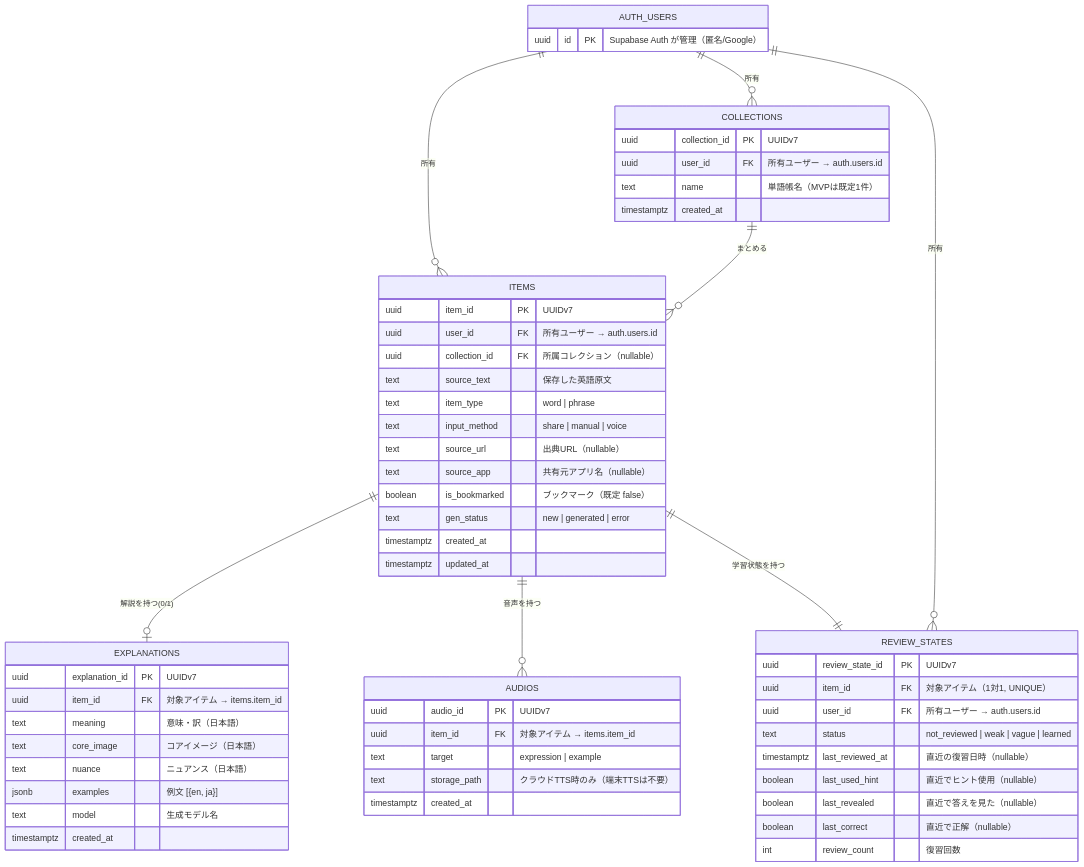
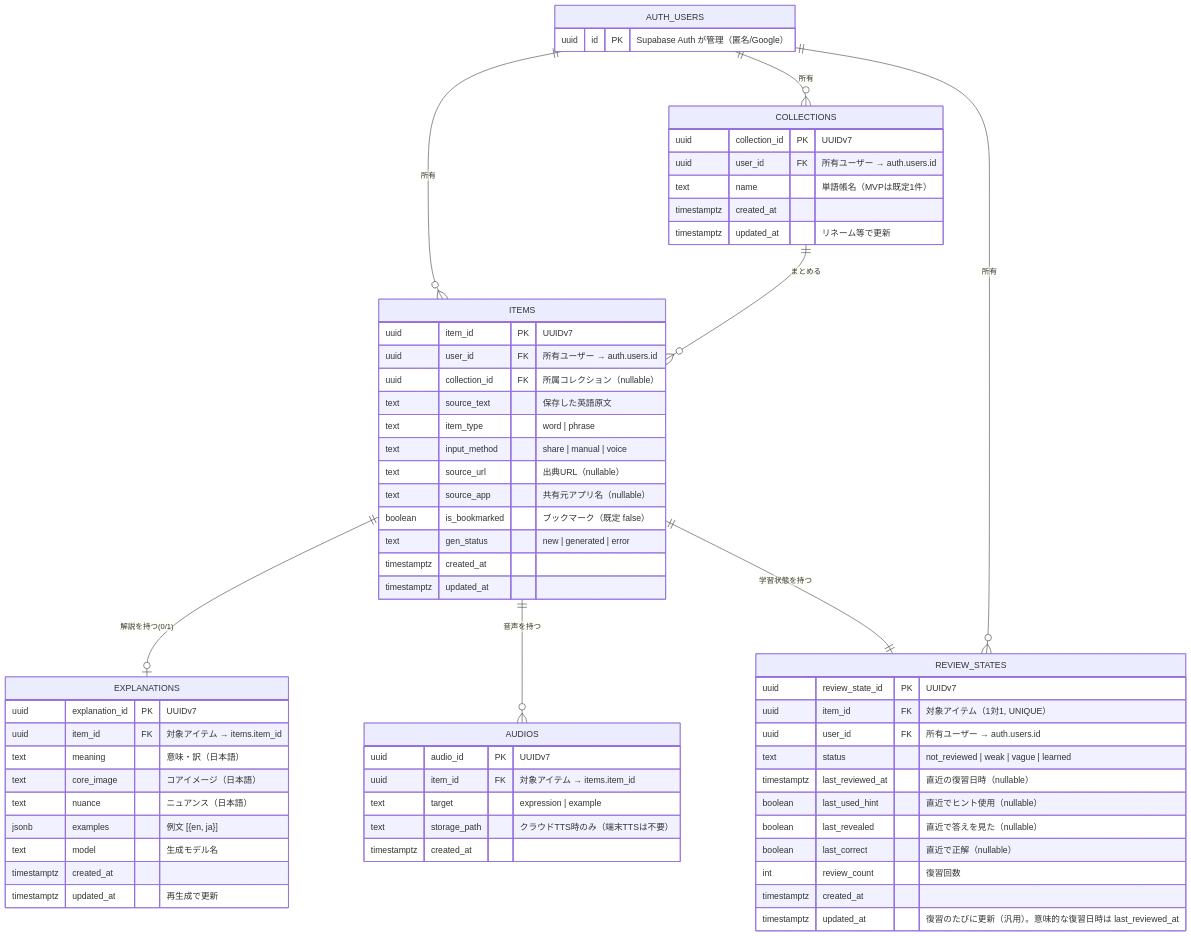
Before and after one commit to komikonkon/Rakuku: the diagram in docs/er-diagram.md, drawn with Mermaid. The commit also changed other lines of this file and 1 other file, not shown here.

First line of the commit message:
Standardize audit columns (updated_at policy, no created_by/updated_by)

````diff
--- a/docs/er-diagram.md
+++ b/docs/er-diagram.md
@@ -14,67 +14,71 @@
 ```mermaid
 erDiagram
     AUTH_USERS  ||--o{ COLLECTIONS    : "所有"
     AUTH_USERS  ||--o{ ITEMS          : "所有"
     COLLECTIONS ||--o{ ITEMS          : "まとめる"
     ITEMS       ||--o| EXPLANATIONS   : "解説を持つ(0/1)"
     ITEMS       ||--o{ AUDIOS         : "音声を持つ"
     ITEMS       ||--|| REVIEW_STATES  : "学習状態を持つ"
     AUTH_USERS  ||--o{ REVIEW_STATES  : "所有"
 
     AUTH_USERS {
         uuid id PK "Supabase Auth が管理（匿名/Google）"
     }
 
     COLLECTIONS {
         uuid        collection_id PK "UUIDv7"
         uuid        user_id       FK "所有ユーザー → auth.users.id"
         text        name          "単語帳名（MVPは既定1件）"
         timestamptz created_at
+        timestamptz updated_at     "リネーム等で更新"
     }
 
     ITEMS {
         uuid        item_id       PK "UUIDv7"
         uuid        user_id       FK "所有ユーザー → auth.users.id"
         uuid        collection_id FK "所属コレクション（nullable）"
         text        source_text   "保存した英語原文"
         text        item_type     "word | phrase"
         text        input_method  "share | manual | voice"
         text        source_url    "出典URL（nullable）"
         text        source_app    "共有元アプリ名（nullable）"
         boolean     is_bookmarked "ブックマーク（既定 false）"
         text        gen_status    "new | generated | error"
         timestamptz created_at
         timestamptz updated_at
     }
 
     EXPLANATIONS {
         uuid        explanation_id PK "UUIDv7"
         uuid        item_id        FK "対象アイテム → items.item_id"
         text        meaning        "意味・訳（日本語）"
         text        core_image     "コアイメージ（日本語）"
         text        nuance         "ニュアンス（日本語）"
         jsonb       examples       "例文 [{en, ja}]"
         text        model          "生成モデル名"
         timestamptz created_at
+        timestamptz updated_at      "再生成で更新"
     }
 
     AUDIOS {
         uuid        audio_id     PK "UUIDv7"
         uuid        item_id      FK "対象アイテム → items.item_id"
         text        target       "expression | example"
         text        storage_path "クラウドTTS時のみ（端末TTSは不要）"
         timestamptz created_at
     }
 
     REVIEW_STATES {
         uuid        review_state_id  PK "UUIDv7"
         uuid        item_id          FK "対象アイテム（1対1, UNIQUE）"
         uuid        user_id          FK "所有ユーザー → auth.users.id"
         text        status           "not_reviewed | weak | vague | learned"
         timestamptz last_reviewed_at "直近の復習日時（nullable）"
         boolean     last_used_hint   "直近でヒント使用（nullable）"
         boolean     last_revealed    "直近で答えを見た（nullable）"
         boolean     last_correct     "直近で正解（nullable）"
         int         review_count     "復習回数"
+        timestamptz created_at
+        timestamptz updated_at       "復習のたびに更新（汎用）。意味的な復習日時は last_reviewed_at"
     }
 ```
````
